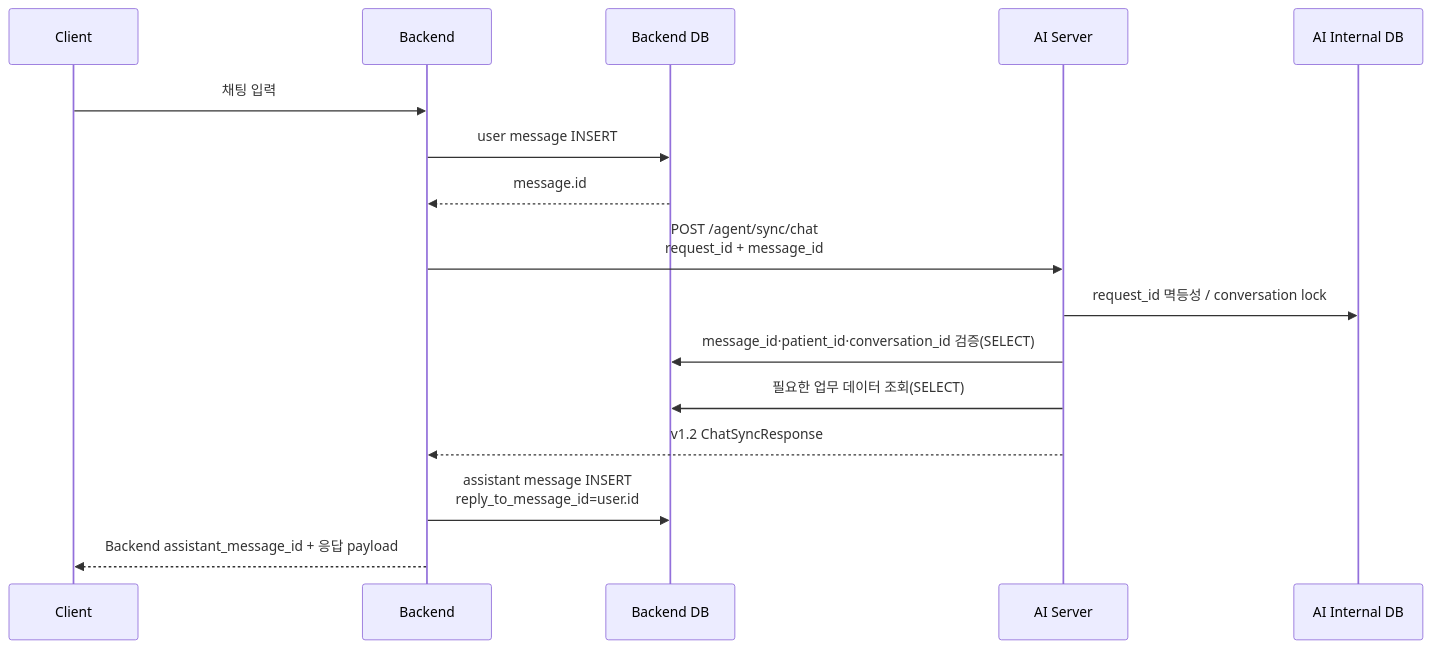
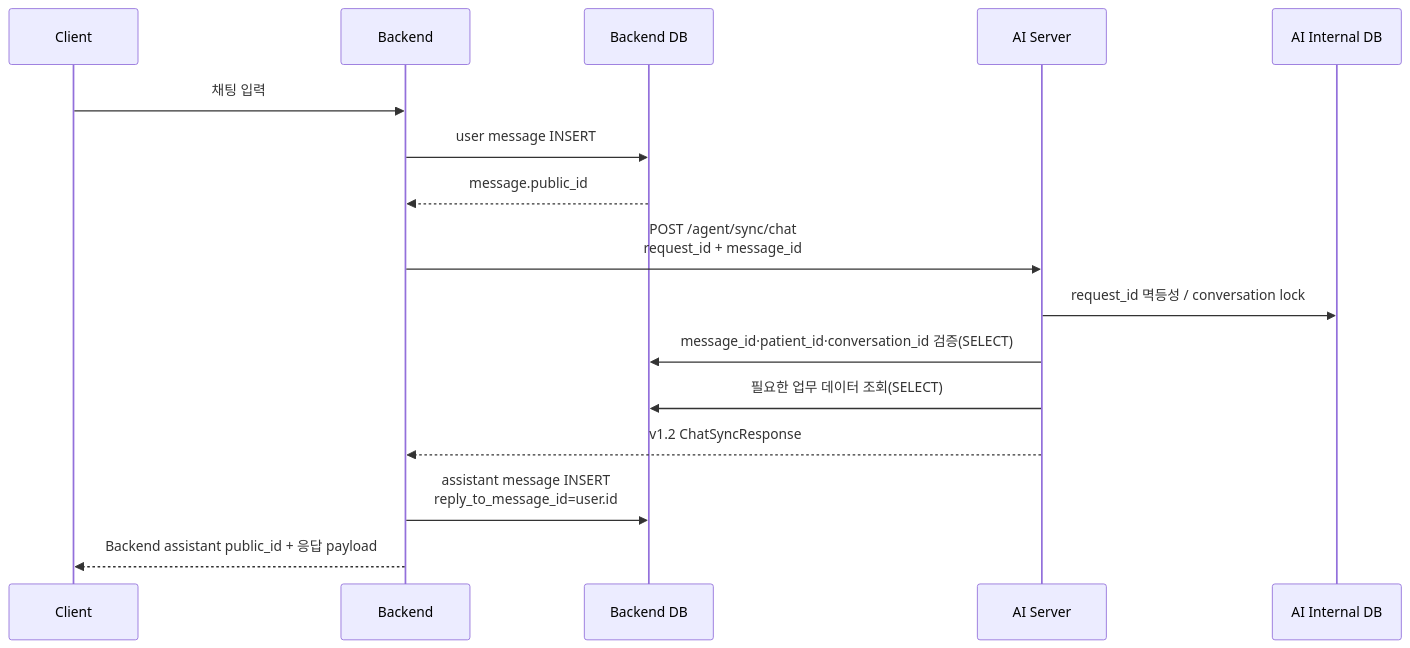
Before and after one commit to DigitalPharm-AI/DrAnswer_Testbed: the second of 2 diagrams in docs/BACKEND_V12_TESTBED_REQUIREMENTS.md, drawn with Mermaid. The commit also changed other lines of this file and 145 other files, not shown here.

````diff
--- a/docs/BACKEND_V12_TESTBED_REQUIREMENTS.md
+++ b/docs/BACKEND_V12_TESTBED_REQUIREMENTS.md
@@ -55,19 +56,19 @@
 ```mermaid
 sequenceDiagram
     participant C as Client
     participant B as Backend
     participant DB as Backend DB
     participant A as AI Server
     participant AD as AI Internal DB
 
     C->>B: 채팅 입력
     B->>DB: user message INSERT
-    DB-->>B: message.id
+    DB-->>B: message.public_id
     B->>A: POST /agent/sync/chat<br/>request_id + message_id
     A->>AD: request_id 멱등성 / conversation lock
     A->>DB: message_id·patient_id·conversation_id 검증(SELECT)
     A->>DB: 필요한 업무 데이터 조회(SELECT)
     A-->>B: v1.2 ChatSyncResponse
     B->>DB: assistant message INSERT<br/>reply_to_message_id=user.id
-    B-->>C: Backend assistant_message_id + 응답 payload
+    B-->>C: Backend assistant public_id + 응답 payload
 ```
````
